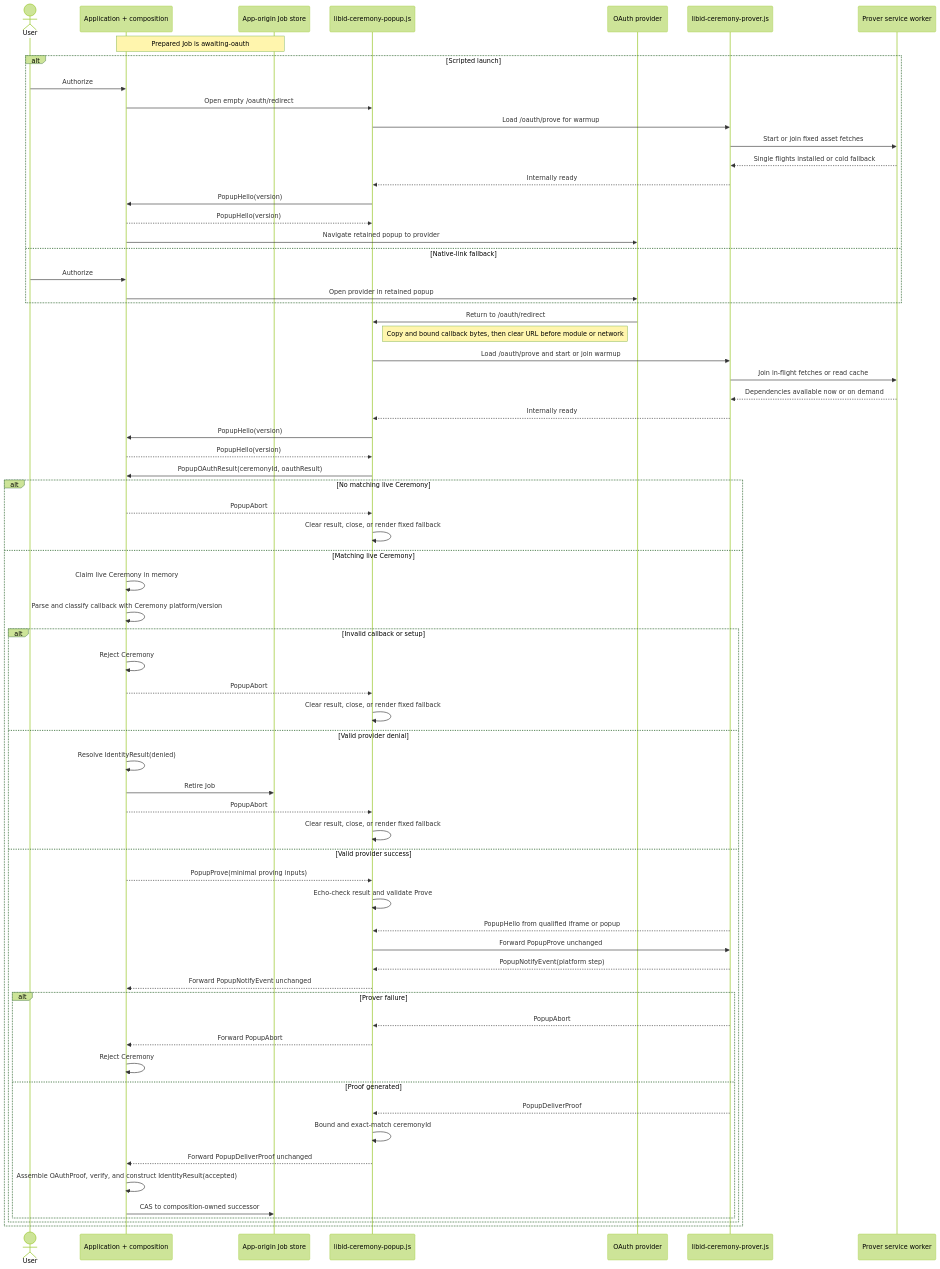
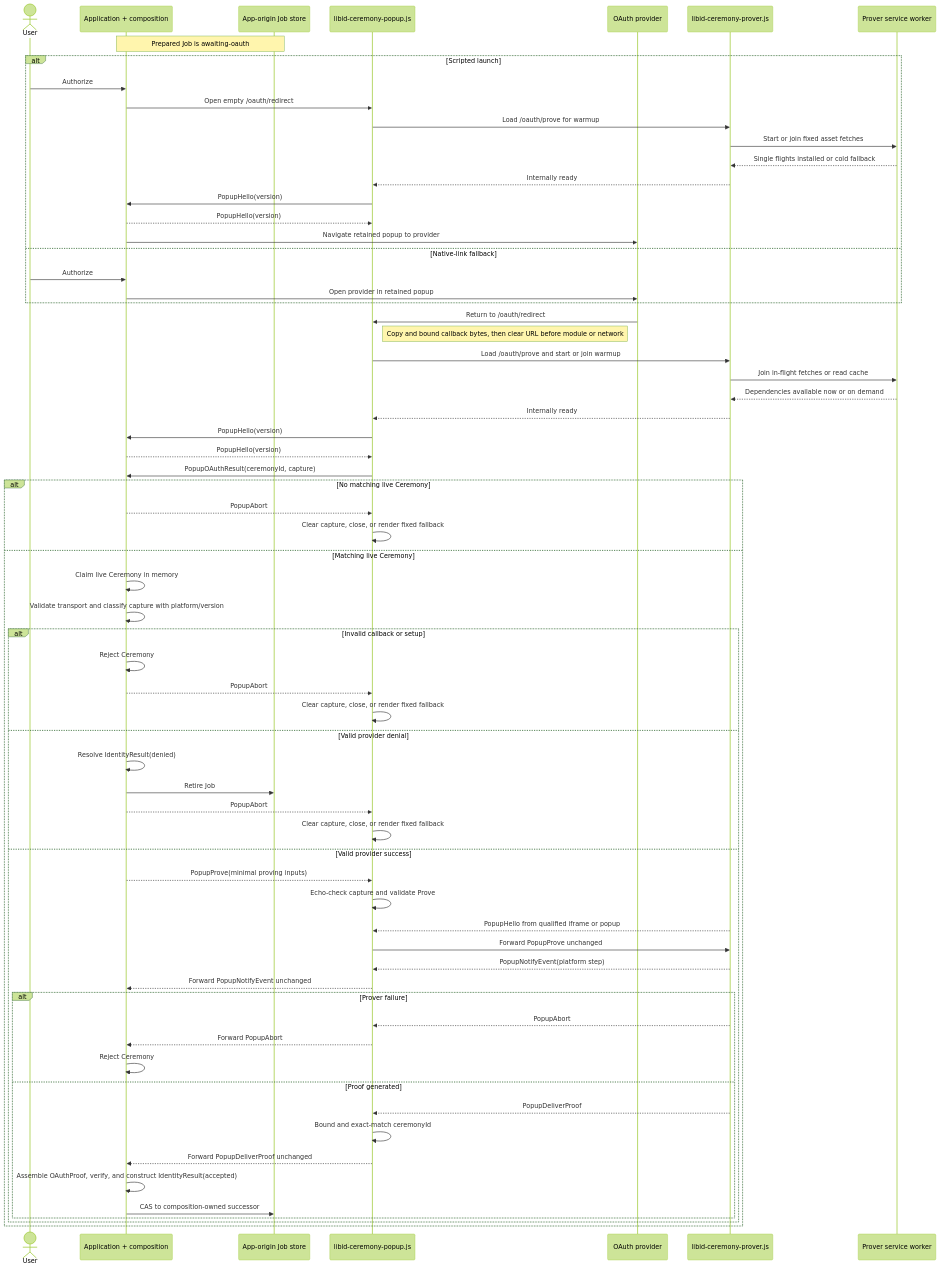
Before and after one commit to libid-org/libid: the diagram in ts/packages/ceremony/ARCHITECTURE.md, drawn with Mermaid (forest theme). The commit also changed other lines of this file and 1 other file, not shown here.

Commit message:
docs(ceremony): preserve OAuth redirect transport

````diff
--- a/ts/packages/ceremony/ARCHITECTURE.md
+++ b/ts/packages/ceremony/ARCHITECTURE.md
@@ -580,71 +591,71 @@
 ```mermaid
 sequenceDiagram
     actor U as User
     participant A as Application + composition
     participant J as App-origin Job store
     participant C as libid-ceremony-popup.js
     participant O as OAuth provider
     participant P as libid-ceremony-prover.js
     participant W as Prover service worker
 
     Note over A,J: Prepared Job is awaiting-oauth
     alt Scripted launch
         U->>A: Authorize
         A->>C: Open empty /oauth/redirect
         C->>P: Load /oauth/prove for warmup
         P->>W: Start or join fixed asset fetches
         W-->>P: Single flights installed or cold fallback
         P-->>C: Internally ready
         C->>A: PopupHello(version)
         A-->>C: PopupHello(version)
         A->>O: Navigate retained popup to provider
     else Native-link fallback
         U->>A: Authorize
         A->>O: Open provider in retained popup
     end
     O->>C: Return to /oauth/redirect
     Note right of C: Copy and bound callback bytes, then clear URL before module or network
     C->>P: Load /oauth/prove and start or join warmup
     P->>W: Join in-flight fetches or read cache
     W-->>P: Dependencies available now or on demand
     P-->>C: Internally ready
     C->>A: PopupHello(version)
     A-->>C: PopupHello(version)
-    C->>A: PopupOAuthResult(ceremonyId, oauthResult)
+    C->>A: PopupOAuthResult(ceremonyId, capture)
     alt No matching live Ceremony
         A-->>C: PopupAbort
-        C->>C: Clear result, close, or render fixed fallback
+        C->>C: Clear capture, close, or render fixed fallback
     else Matching live Ceremony
         A->>A: Claim live Ceremony in memory
-        A->>A: Parse and classify callback with Ceremony platform/version
+        A->>A: Validate transport and classify capture with platform/version
 
         alt Invalid callback or setup
             A->>A: Reject Ceremony
             A-->>C: PopupAbort
-            C->>C: Clear result, close, or render fixed fallback
+            C->>C: Clear capture, close, or render fixed fallback
         else Valid provider denial
             A->>A: Resolve IdentityResult(denied)
             A->>J: Retire Job
             A-->>C: PopupAbort
-            C->>C: Clear result, close, or render fixed fallback
+            C->>C: Clear capture, close, or render fixed fallback
         else Valid provider success
             A-->>C: PopupProve(minimal proving inputs)
-            C->>C: Echo-check result and validate Prove
+            C->>C: Echo-check capture and validate Prove
             P-->>C: PopupHello from qualified iframe or popup
             C->>P: Forward PopupProve unchanged
             P-->>C: PopupNotifyEvent(platform step)
             C-->>A: Forward PopupNotifyEvent unchanged
             alt Prover failure
                 P-->>C: PopupAbort
                 C-->>A: Forward PopupAbort
                 A->>A: Reject Ceremony
             else Proof generated
                 P-->>C: PopupDeliverProof
                 C->>C: Bound and exact-match ceremonyId
                 C-->>A: Forward PopupDeliverProof unchanged
                 A->>A: Assemble OAuthProof, verify, and construct IdentityResult(accepted)
                 A->>J: CAS to composition-owned successor
             end
         end
     end
 ```
````
